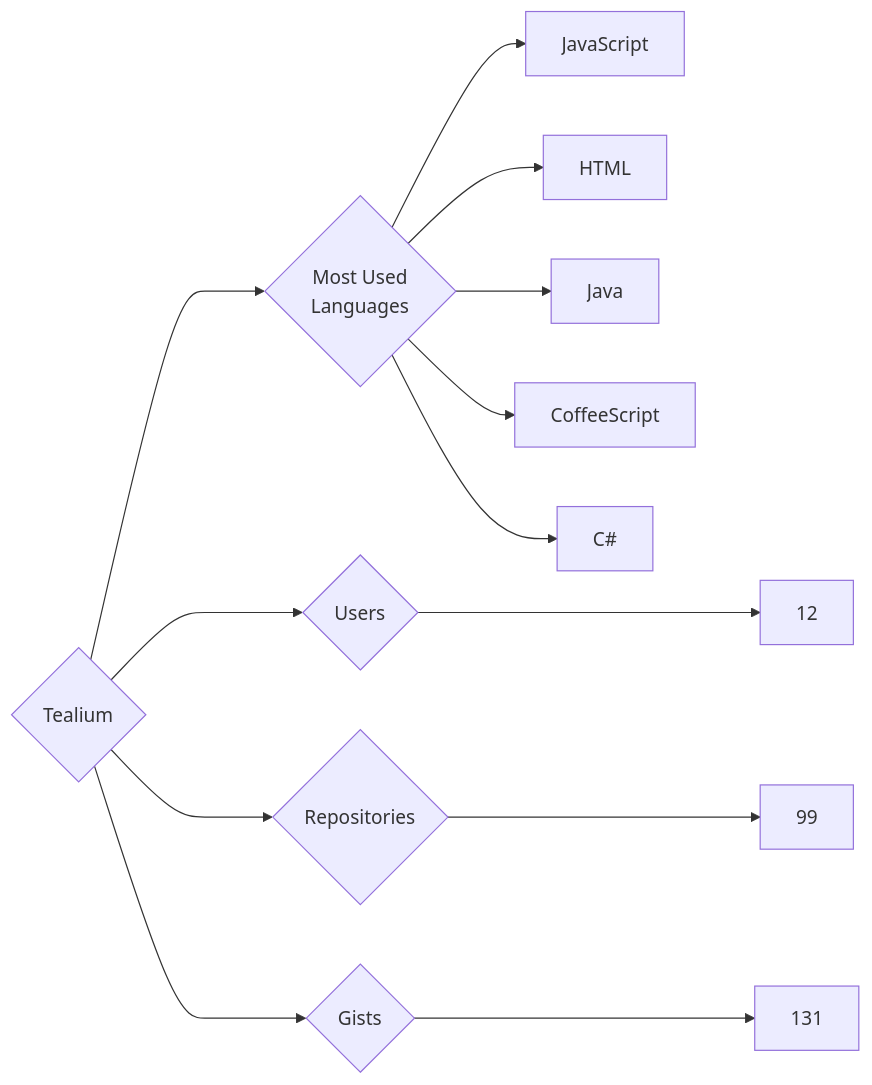
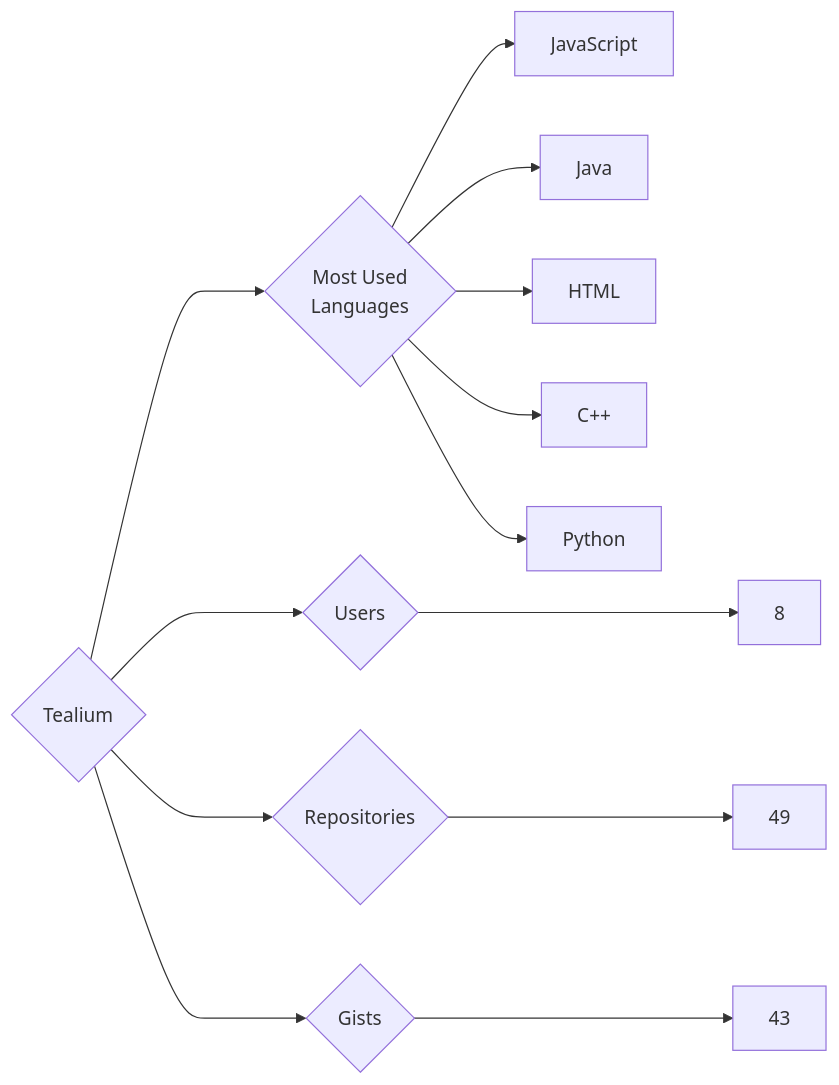
The diagram in targets/Tealium/README.md (trickest/insiders), drawn with Mermaid before and after one commit. The commit also changed 939 other files, not shown here.

````diff
--- a/targets/Tealium/README.md
+++ b/targets/Tealium/README.md
@@ -3,13 +3,13 @@
 ```mermaid
 graph LR
 COMPANY_NAME{Tealium}
-COMPANY_NAME ---> U{Users} ---> UN[12]
-COMPANY_NAME ---> R{Repositories} ---> RN[99]
-COMPANY_NAME ---> G{Gists} ---> GN[131]
+COMPANY_NAME ---> U{Users} ---> UN[8]
+COMPANY_NAME ---> R{Repositories} ---> RN[49]
+COMPANY_NAME ---> G{Gists} ---> GN[43]
 COMPANY_NAME ---> ML{Most Used<br>Languages}
 ML --> JavaScript[JavaScript]
+ML --> Java[Java]
 ML --> HTML[HTML]
-ML --> Java[Java]
-ML --> CoffeeScript[CoffeeScript]
-ML --> C#[C#]
+ML --> C++[C++]
+ML --> Python[Python]
 ```
````
